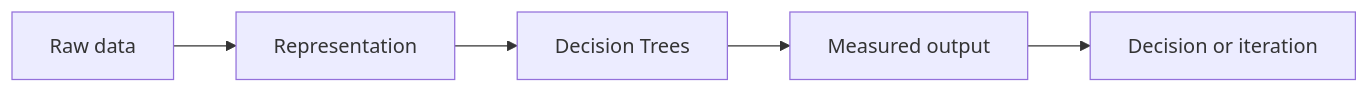
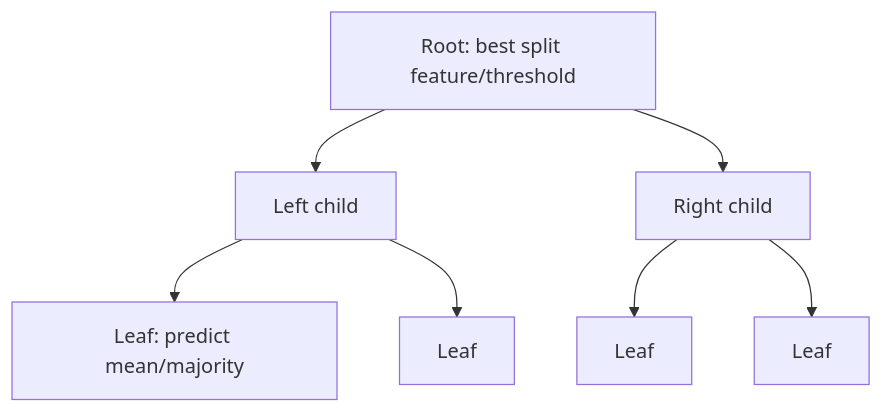
Before and after one commit to Icon1cc/Machine-Learning: the diagram in classical-ml/05-decision-trees.md, drawn with Mermaid. The commit also changed other lines of this file and 264 other files, not shown here.

````diff
--- a/classical-ml/05-decision-trees.md
+++ b/classical-ml/05-decision-trees.md
@@ -92,7 +170,9 @@
 ```mermaid
-flowchart LR
-    A[Raw data] --> B[Representation]
-    B --> C[Decision Trees]
-    C --> D[Measured output]
-    D --> E[Decision or iteration]
+flowchart TD
+    R[Root: best split feature/threshold] --> L1[Left child]
+    R --> R1[Right child]
+    L1 --> LL[Leaf: predict mean/majority]
+    L1 --> LR[Leaf]
+    R1 --> RL[Leaf]
+    R1 --> RR[Leaf]
 ```
````
